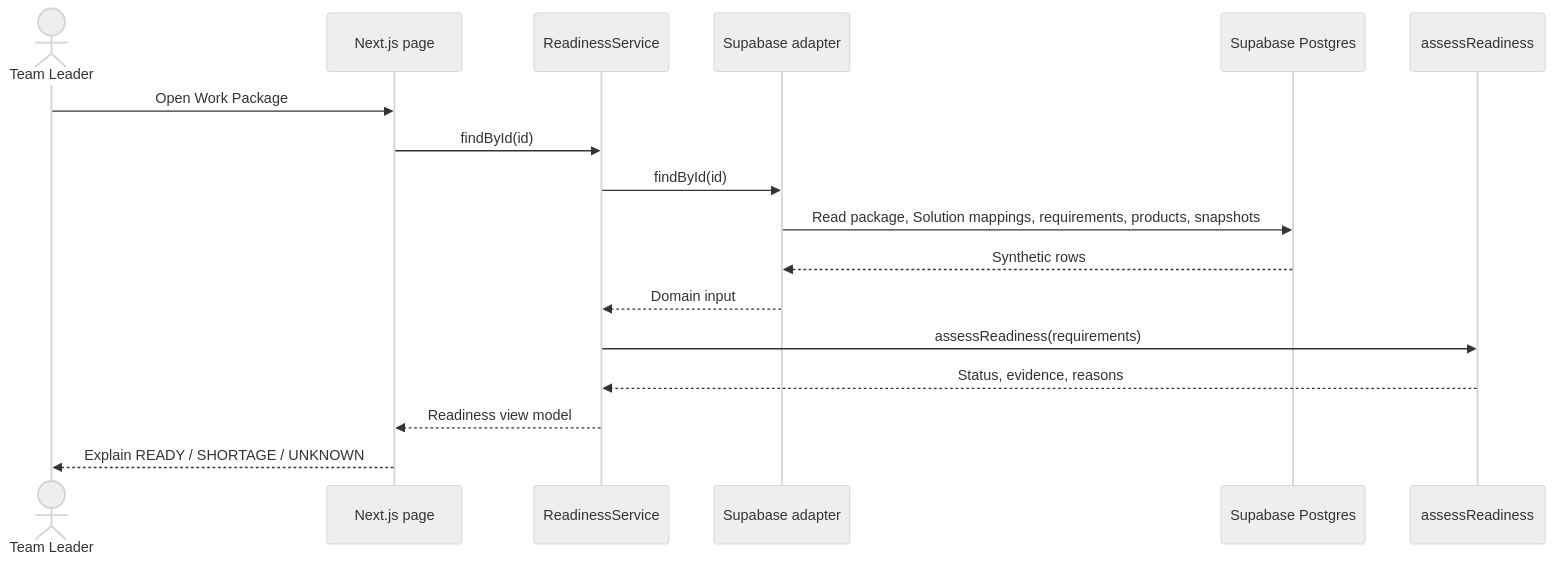
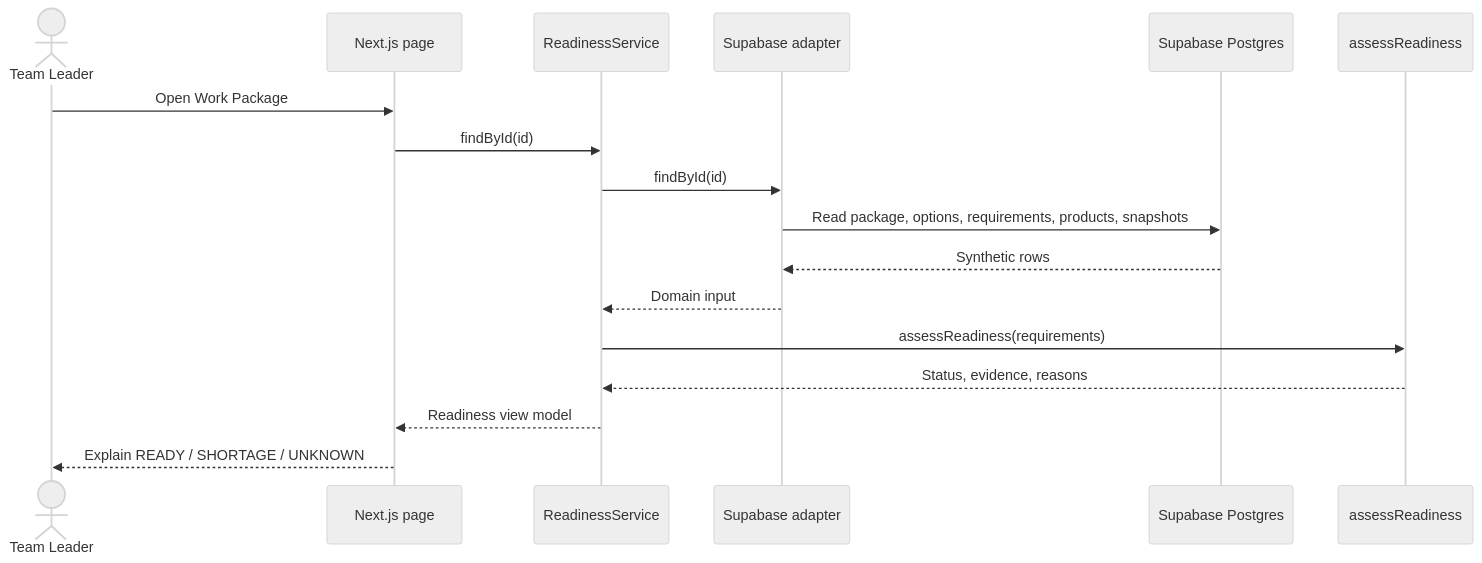
Before and after one commit to jiqiang90/qantum-stock: the second of 7 diagrams in docs/architecture/overview.md, drawn with Mermaid (neutral theme). The commit also changed other lines of this file and 17 other files, not shown here.

````diff
--- a/docs/architecture/overview.md
+++ b/docs/architecture/overview.md
@@ -84,20 +84,20 @@
 ```mermaid
 sequenceDiagram
     actor TL as Team Leader
     participant Page as Next.js page
     participant Service as ReadinessService
     participant Repo as Supabase adapter
     participant DB as Supabase Postgres
     participant Rules as assessReadiness
 
     TL->>Page: Open Work Package
     Page->>Service: findById(id)
     Service->>Repo: findById(id)
-    Repo->>DB: Read package, Solution mappings, requirements, products, snapshots
+    Repo->>DB: Read package, options, requirements, products, snapshots
     DB-->>Repo: Synthetic rows
     Repo-->>Service: Domain input
     Service->>Rules: assessReadiness(requirements)
     Rules-->>Service: Status, evidence, reasons
     Service-->>Page: Readiness view model
     Page-->>TL: Explain READY / SHORTAGE / UNKNOWN
 ```
````
